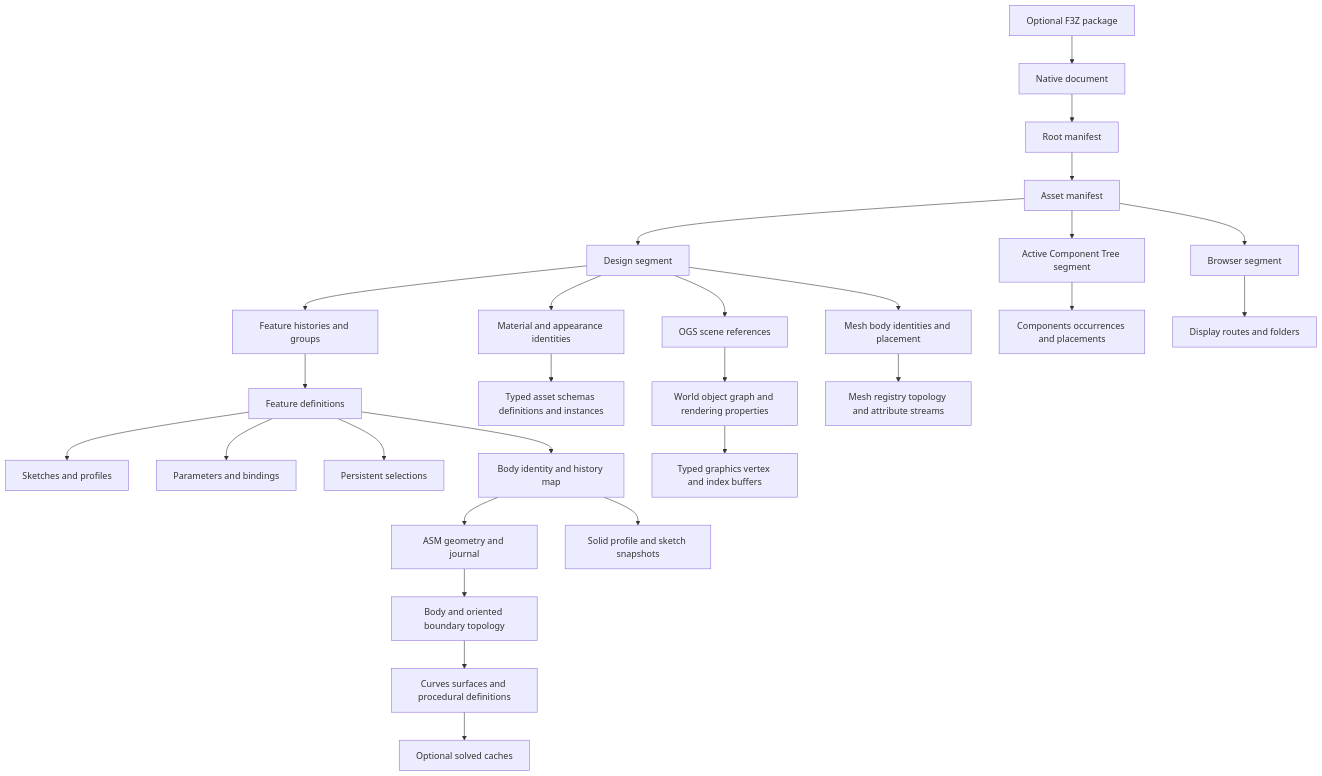
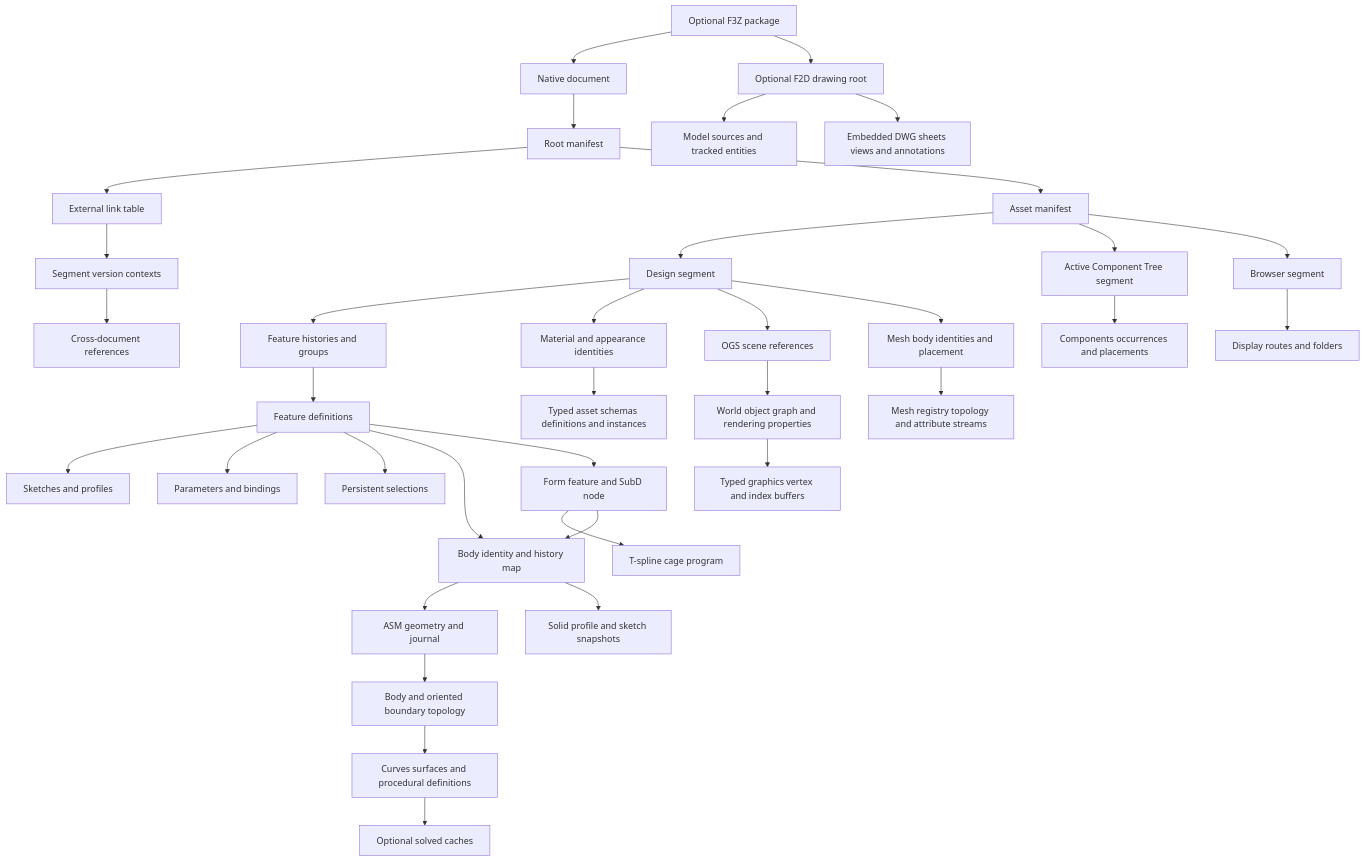
The diagram in Documentation/Reference/Research/FusionDataModel.md (TryUniCAD/Kit), drawn with Mermaid before and after one commit. The commit also changed other lines of this file and 1 other file, not shown here.

First line of the commit message:
docs(fusion): integrate workstream research into the data model and acceptance evidence

````diff
--- a/Documentation/Reference/Research/FusionDataModel.md
+++ b/Documentation/Reference/Research/FusionDataModel.md
@@ -209,29 +269,38 @@
 ```mermaid
 flowchart TD
     Package[Optional F3Z package] --> Document[Native document]
+    Package --> Drawing[Optional F2D drawing root]
+    Drawing --> DrawingSegments[Model sources and tracked entities]
+    Drawing --> Dwg[Embedded DWG sheets views and annotations]
     Document --> Root[Root manifest]
+    Root --> Links[External link table]
+    Links --> Contexts[Segment version contexts]
+    Contexts --> CrossRef[Cross-document references]
     Root --> Asset[Asset manifest]
     Asset --> Design[Design segment]
     Asset --> ACT[Active Component Tree segment]
     Asset --> Browser[Browser segment]
     Design --> History[Feature histories and groups]
     History --> Feature[Feature definitions]
     Feature --> Sketch[Sketches and profiles]
     Feature --> Parameter[Parameters and bindings]
     Feature --> Selection[Persistent selections]
     Feature --> BodyMap[Body identity and history map]
+    Feature --> Form[Form feature and SubD node]
+    Form --> Tsm[T-spline cage program]
+    Form --> BodyMap
     BodyMap --> ASM[ASM geometry and journal]
     BodyMap --> Snapshot[Solid profile and sketch snapshots]
     ASM --> Topology[Body and oriented boundary topology]
     Topology --> Geometry[Curves surfaces and procedural definitions]
     Geometry --> Cache[Optional solved caches]
     ACT --> Occurrence[Components occurrences and placements]
     Browser --> Routes[Display routes and folders]
     Design --> Material[Material and appearance identities]
     Material --> Protein[Typed asset schemas definitions and instances]
     Design --> Graphics[OGS scene references]
     Graphics --> World[World object graph and rendering properties]
     World --> Meshes[Typed graphics vertex and index buffers]
     Design --> MeshBody[Mesh body identities and placement]
     MeshBody --> ParaMesh[Mesh registry topology and attribute streams]
 ```
````
